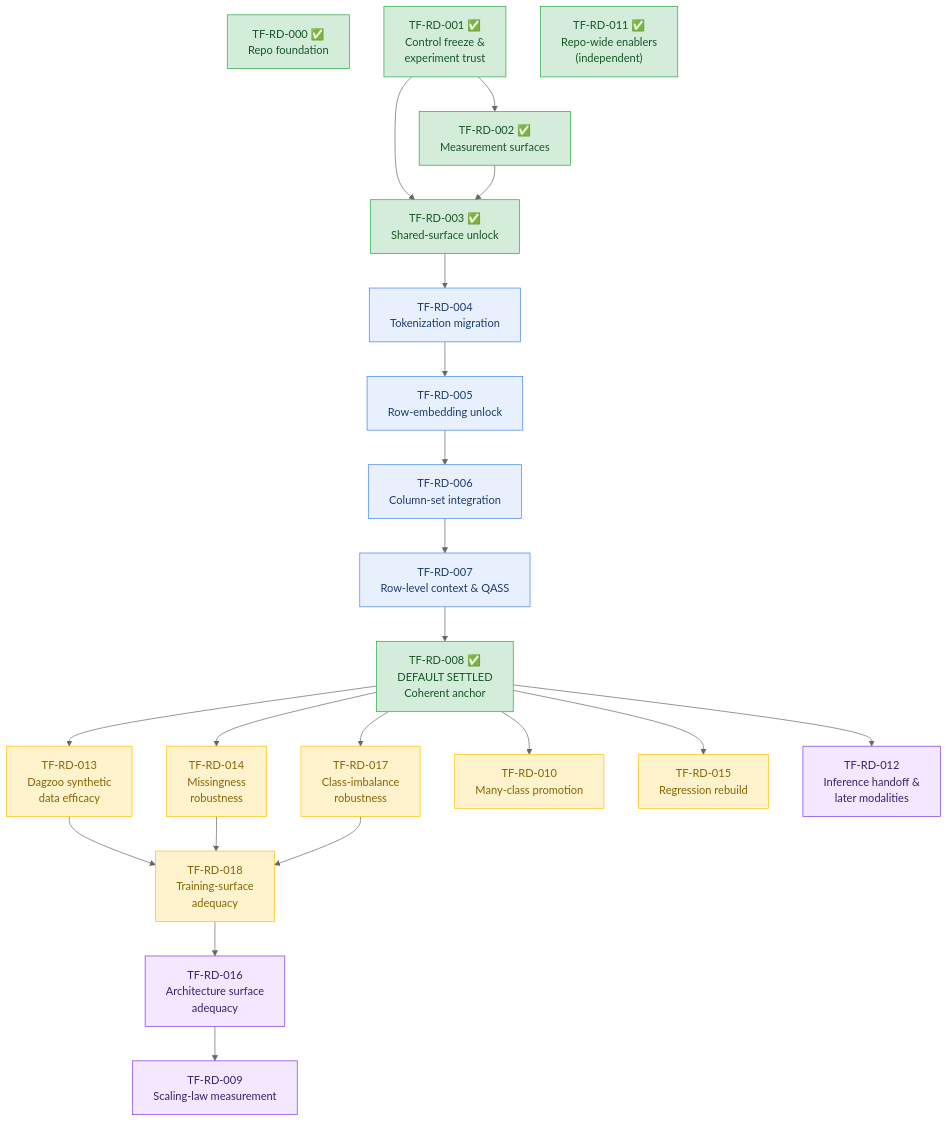
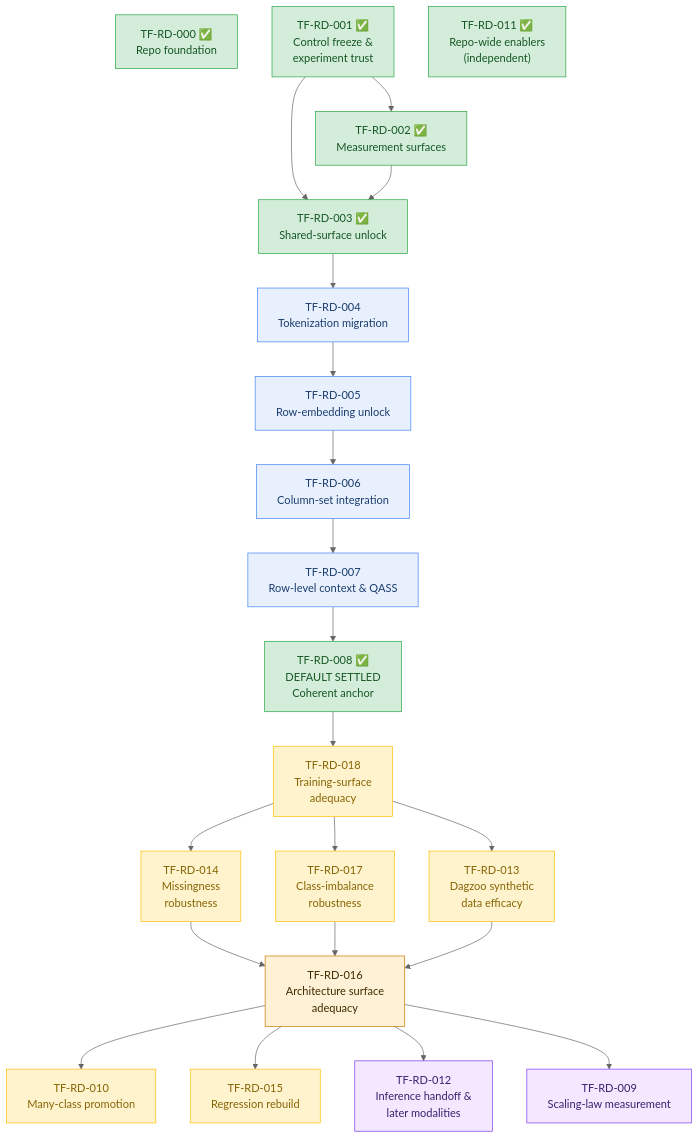
Before and after one commit to bensonlee5/tab-foundry: the diagram in docs/development/roadmap.md, drawn with Mermaid (neutral theme). The commit also changed other lines of this file and 6 other files, not shown here.

````diff
--- a/docs/development/roadmap.md
+++ b/docs/development/roadmap.md
@@ -129,55 +141,56 @@
 ```mermaid
 flowchart TD
     RD000["TF-RD-000 ✅<br/>Repo foundation"]
 
     RD001["TF-RD-001 ✅<br/>Control freeze &<br/>experiment trust"]
     RD002["TF-RD-002 ✅<br/>Measurement surfaces"]
     RD011["TF-RD-011 ✅<br/>Repo-wide enablers<br/>(independent)"]
 
     RD003["TF-RD-003 ✅<br/>Shared-surface unlock"]
     RD004["TF-RD-004<br/>Tokenization migration"]
     RD005["TF-RD-005<br/>Row-embedding unlock"]
     RD006["TF-RD-006<br/>Column-set integration"]
     RD007["TF-RD-007<br/>Row-level context & QASS"]
     RD008["TF-RD-008 ✅<br/>DEFAULT SETTLED<br/>Coherent anchor"]
-    RD013["TF-RD-013<br/>Dagzoo synthetic<br/>data efficacy"]
+    RD018["TF-RD-018<br/>Training-surface<br/>adequacy"]
     RD014["TF-RD-014<br/>Missingness<br/>robustness"]
     RD017["TF-RD-017<br/>Class-imbalance<br/>robustness"]
-    RD018["TF-RD-018<br/>Training-surface<br/>adequacy"]
+    RD013["TF-RD-013<br/>Dagzoo synthetic<br/>data efficacy"]
+    RD016["TF-RD-016<br/>Architecture surface<br/>adequacy"]
     RD010["TF-RD-010<br/>Many-class promotion"]
     RD015["TF-RD-015<br/>Regression rebuild"]
-    RD016["TF-RD-016<br/>Architecture surface<br/>adequacy"]
+    RD012["TF-RD-012<br/>Inference handoff &<br/>later modalities"]
     RD009["TF-RD-009<br/>Scaling-law measurement"]
-    RD012["TF-RD-012<br/>Inference handoff &<br/>later modalities"]
 
     RD001 --> RD002
     RD001 --> RD003
     RD002 --> RD003
     RD003 --> RD004
     RD004 --> RD005
     RD005 --> RD006
     RD006 --> RD007
     RD007 --> RD008
-    RD008 --> RD013
-    RD008 --> RD014
-    RD008 --> RD017
-    RD013 --> RD018
-    RD014 --> RD018
-    RD017 --> RD018
-    RD008 --> RD010
-    RD008 --> RD015
-    RD018 --> RD016
+    RD008 --> RD018
+    RD018 --> RD014
+    RD018 --> RD017
+    RD018 --> RD013
+    RD014 --> RD016
+    RD017 --> RD016
+    RD013 --> RD016
+    RD016 --> RD010
+    RD016 --> RD015
+    RD016 --> RD012
     RD016 --> RD009
-    RD008 --> RD012
 
     classDef done fill:#d4edda,stroke:#28a745,color:#155724;
     classDef readyNow fill:#fff3cd,stroke:#ffc107,color:#856404;
     classDef chain fill:#e8f0fe,stroke:#4285f4,color:#1a3d6e;
     classDef gate fill:#fff1d6,stroke:#c67a00,color:#3d2a00;
     classDef later fill:#f3e8ff,stroke:#7c3aed,color:#3b1f6e;
 
     class RD000,RD001,RD002,RD003,RD008,RD011 done;
     class RD004,RD005,RD006,RD007 chain;
     class RD013,RD014,RD017,RD018,RD010,RD015 readyNow;
-    class RD016,RD009,RD012 later;
+    class RD016 gate;
+    class RD009,RD012 later;
 ```
````
